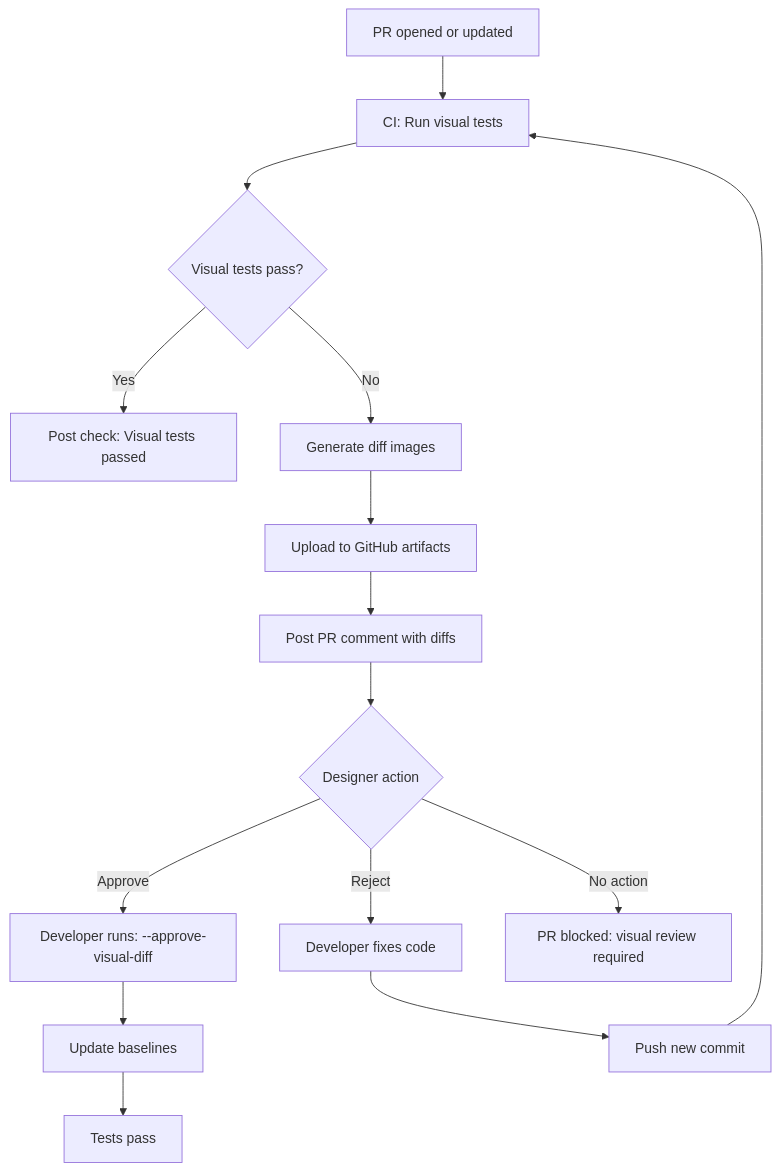
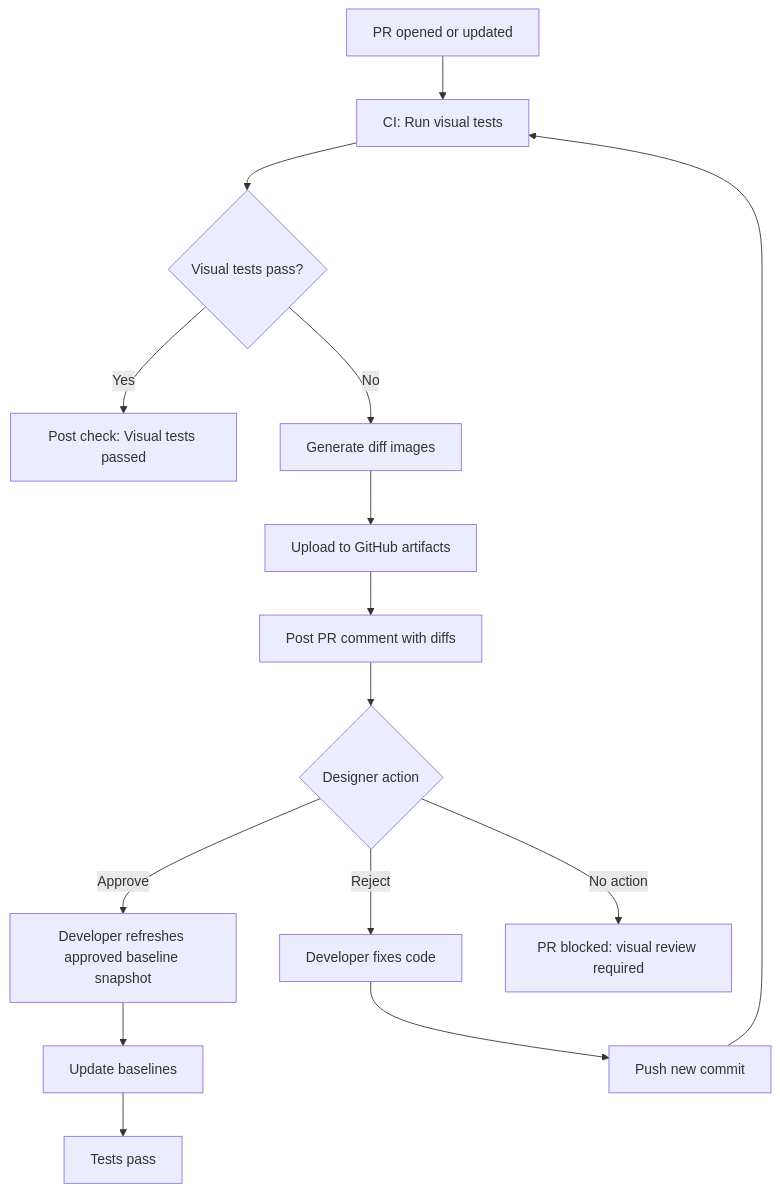
One commit to julien-m/livespec changed the seventh of 7 diagrams in .specs/features/010-visual-testing-complete/spec.md. Above: the diagram before and after it, drawn with Mermaid. The commit also changed other lines of this file and 3 other files, not shown here.

````diff
--- a/.specs/features/010-visual-testing-complete/spec.md
+++ b/.specs/features/010-visual-testing-complete/spec.md
@@ -459,17 +459,17 @@
 ```mermaid
 flowchart TD
     A[PR opened or updated] --> B[CI: Run visual tests]
     B --> C{Visual tests pass?}
     C -- Yes --> D[Post check: Visual tests passed]
     C -- No --> E[Generate diff images]
     E --> F[Upload to GitHub artifacts]
     F --> G[Post PR comment with diffs]
     G --> H{Designer action}
-    H -- Approve --> I[Developer runs: --approve-visual-diff]
+    H -- Approve --> I[Developer refreshes approved baseline snapshot]
     I --> J[Update baselines]
     J --> K[Tests pass]
     H -- Reject --> L[Developer fixes code]
     L --> M[Push new commit]
     M --> B
     H -- No action --> N[PR blocked: visual review required]
 ```
````
